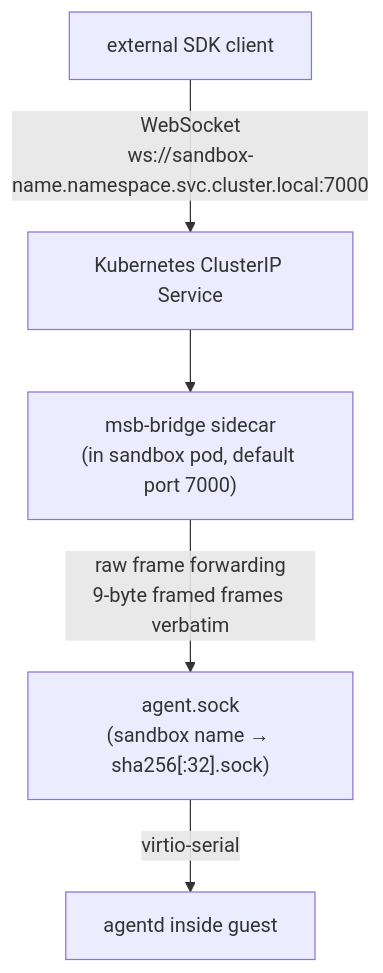
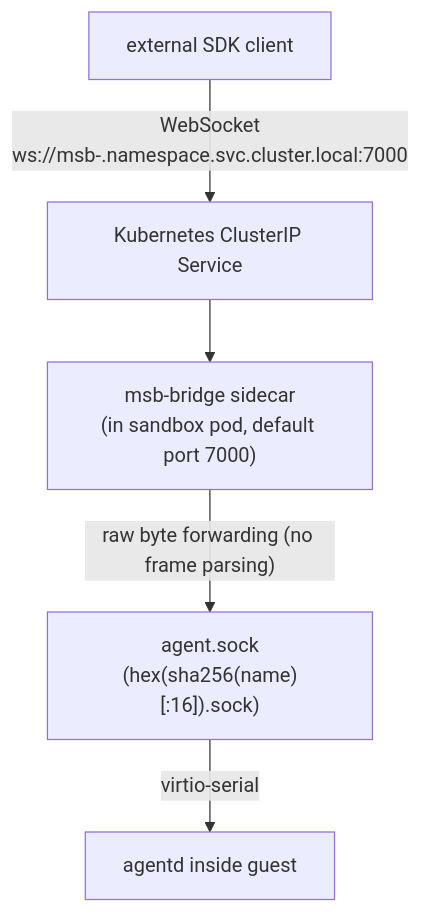
Diagram 11 of 11 in docs/operator-design.md (TheRealSibasishBehera/msb-operator), drawn with Mermaid before and after one commit. The commit also changed other lines of this file, not shown here.

First line of the commit message:
docs: bridge is a transparent byte splice; fix socket path, Service name, drop ssh

````diff
--- a/docs/operator-design.md
+++ b/docs/operator-design.md
@@ -807,13 +804,13 @@
 ```mermaid
 flowchart TD
     client["external SDK client"]
     svc["Kubernetes ClusterIP Service"]
     bridge["msb-bridge sidecar\n(in sandbox pod, default port 7000)"]
-    sock["agent.sock\n(sandbox name → sha256[:32].sock)"]
+    sock["agent.sock\n(hex(sha256(name)[:16]).sock)"]
     agentd["agentd inside guest"]
 
-    client -->|"WebSocket\nws://sandbox-name.namespace.svc.cluster.local:7000"| svc
+    client -->|"WebSocket\nws://msb-<hash>.namespace.svc.cluster.local:7000"| svc
     svc --> bridge
-    bridge -->|"raw frame forwarding\n9-byte framed frames verbatim"| sock
+    bridge -->|"raw byte forwarding (no frame parsing)"| sock
     sock -->|"virtio-serial"| agentd
 ```
````
